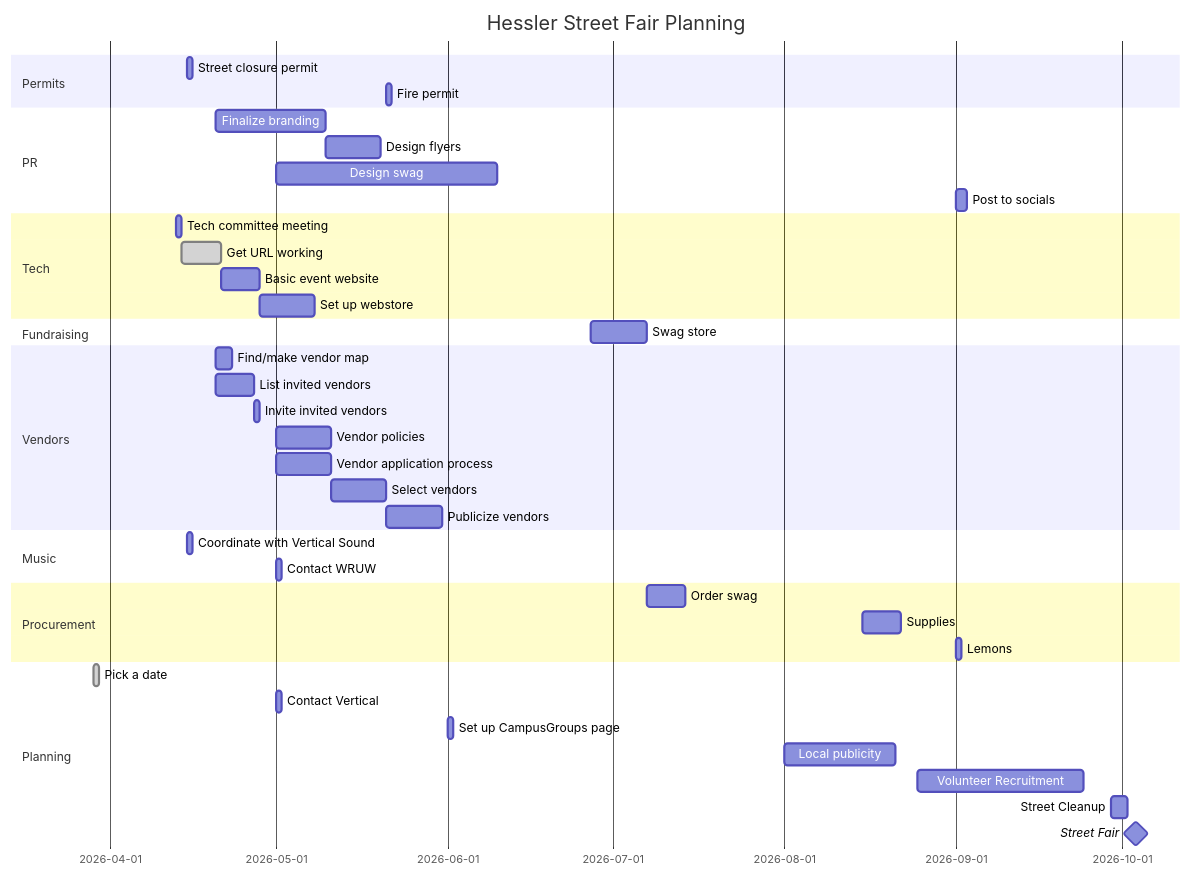
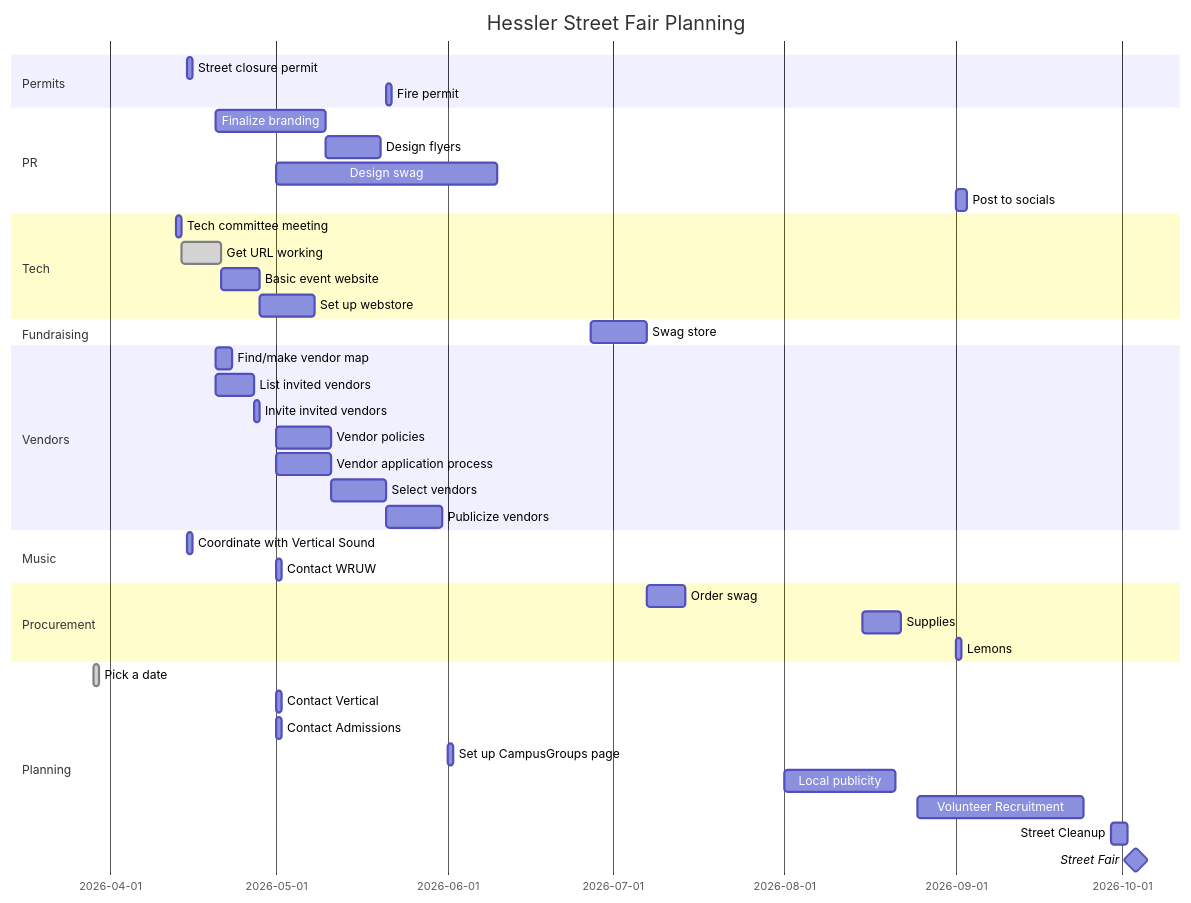
The diagram in files/fairplan.md (KCollins/KCollins.github.io), drawn with Mermaid before and after one commit.

````diff
--- a/files/fairplan.md
+++ b/files/fairplan.md
@@ -1,45 +1,46 @@
 ```mermaid
 gantt
     title  Hessler Street Fair Planning
     dateFormat YYYY-MM-DD
     section Permits
             Street closure permit    :streetpermit, 2026-04-15, 1d
             Fire permit    :firepermit, after vendorselect, 1d
 
     section PR
             Finalize branding : brand, 2026-04-20, 20d
             Design flyers : flyers, after brand, 10d
             Design swag    : designswag, 2026-05-01, 40d
             Post to socials: socials, 2026-09-01, 2d
     section Tech
             Tech committee meeting: techmeet, 2026-04-13, 1d
             Get URL working:done, url, after techmeet, 7d
             Basic event website: basicsite, after url, 7d
             Set up webstore: webstore, after basicsite, 10d
     section Fundraising
             Swag store    :swagstore, after designswag webstore swag, 10d
     section Vendors
             Find/make vendor map: vendormap, 2026-04-20, 3d
             List invited vendors: invitelist, 2026-04-20, 7d
             Invite invited vendors: invite, after invitelist, 1d
             Vendor policies: policy, 2026-05-01, 10d
             Vendor application process: vendorapp, 2026-05-01, 10d
             Select vendors: vendorselect, after vendorapp, 10d
             Publicize vendors: vendor-announce, after vendorselect, 10d
     section Music
             Coordinate with Vertical Sound    :vertical, 2026-04-15, 1d
             Contact WRUW: wruw, 2026-05-01, 1d
     section Procurement
             Order swag:   swag, after swagstore, 7d
             Supplies: supplies, 2026-08-15, 7d
             Lemons: lemons, 2026-09-01, 1d
     section Planning
             Pick a date :done, pick, 2026-03-29, 1d
             Contact Vertical: vertical, 2026-05-01, 1d
+            Contact Admissions: admissions, 2026-05-01, 1d
             Set up CampusGroups page: campusgroups, 2026-06-01, 1d
             Local publicity: publicize, 2026-08-01, 20d
             Volunteer Recruitment: recruit, 2026-08-25, 30d
             Street Cleanup: cleanup, 2026-09-29, 3d
             Street Fair        :milestone, streetfair, 2026-10-03, 1d
 
 ```
````
